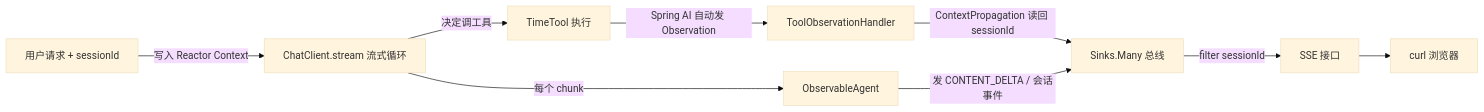
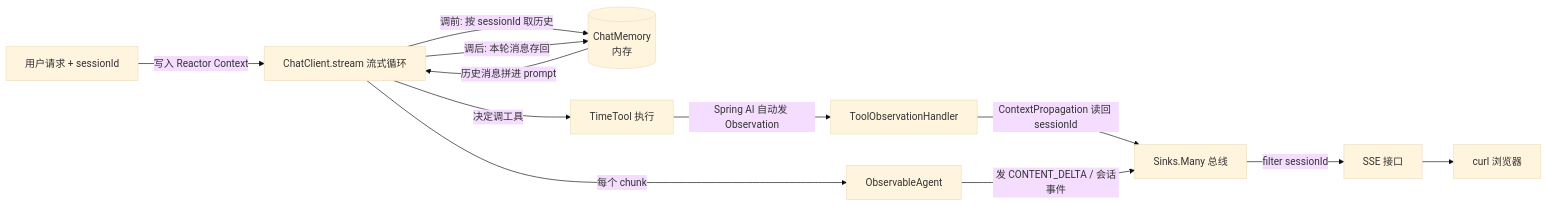
The diagram in docs/tutorials/spring-ai-2.0/33a-Agent可观测性最小实战.md (UranusGit/java-agent-learn), drawn with Mermaid (base theme) before and after one commit. The commit also changed other lines of this file, not shown here.

First line of the commit message:
demo07 增加多轮记忆：sessionId 兼任记忆会话 ID

````diff
--- a/docs/tutorials/spring-ai-2.0/33a-Agent可观测性最小实战.md
+++ b/docs/tutorials/spring-ai-2.0/33a-Agent可观测性最小实战.md
@@ -46,11 +59,14 @@
 ```mermaid
 flowchart LR
     U[用户请求 + sessionId] -->|写入 Reactor Context| CC[ChatClient.stream 流式循环]
+    CC -->|调前: 按 sessionId 取历史| MEM[(ChatMemory<br/>内存)]
+    MEM -->|历史消息拼进 prompt| CC
+    CC -->|调后: 本轮消息存回| MEM
     CC -->|决定调工具| T[TimeTool 执行]
     T -->|Spring AI 自动发 Observation| H[ToolObservationHandler]
     H -->|ContextPropagation 读回 sessionId| BUS[Sinks.Many 总线]
     CC -->|每个 chunk| AG[ObservableAgent]
     AG -->|发 CONTENT_DELTA / 会话事件| BUS
     BUS -->|filter sessionId| SSE[SSE 接口]
     SSE --> FE[curl 浏览器]
 ```
````
